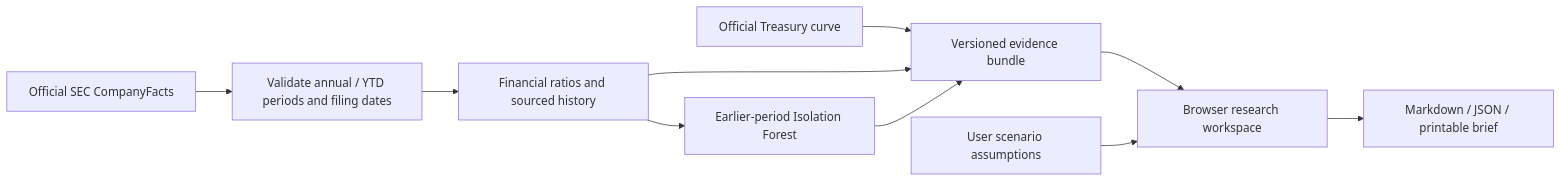
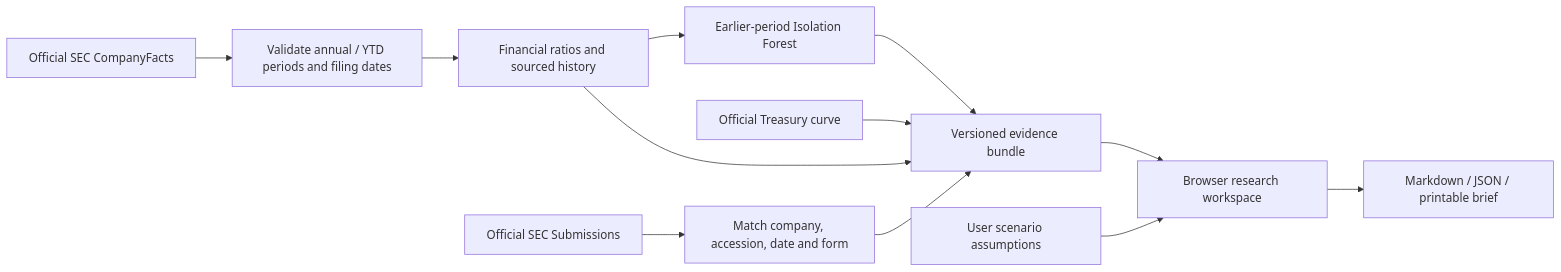
One commit to leon1111-wgl/finscope changed the diagram in README.md. Above: the diagram before and after it, drawn with Mermaid. The commit also changed other lines of this file and 14 other files, not shown here.

````diff
--- a/README.md
+++ b/README.md
@@ -47,12 +49,14 @@
 ```mermaid
 flowchart LR
   S[Official SEC CompanyFacts] --> V[Validate annual / YTD periods and filing dates]
   V --> F[Financial ratios and sourced history]
   F --> M[Earlier-period Isolation Forest]
   T[Official Treasury curve] --> B[Versioned evidence bundle]
   F --> B
+  D[Official SEC Submissions] --> L[Match company, accession, date and form]
+  L --> B
   M --> B
   B --> U[Browser research workspace]
   A[User scenario assumptions] --> U
   U --> R[Markdown / JSON / printable brief]
 ```
````
